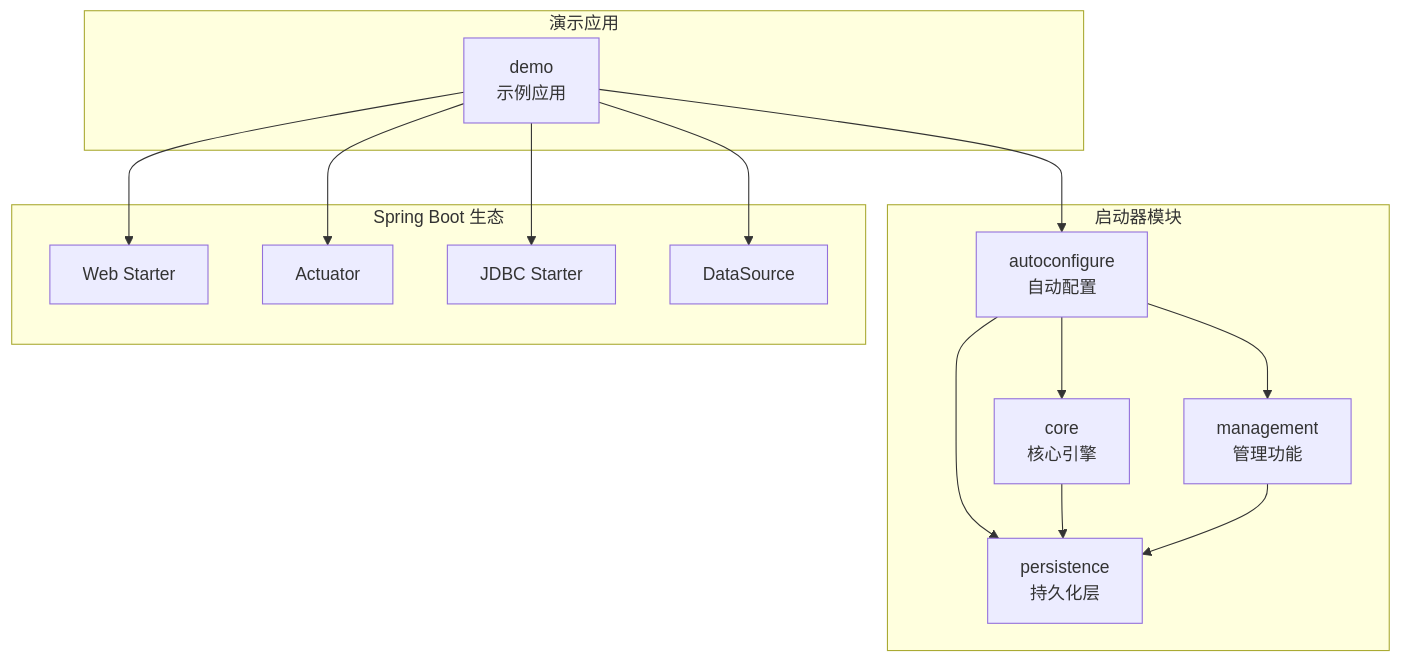
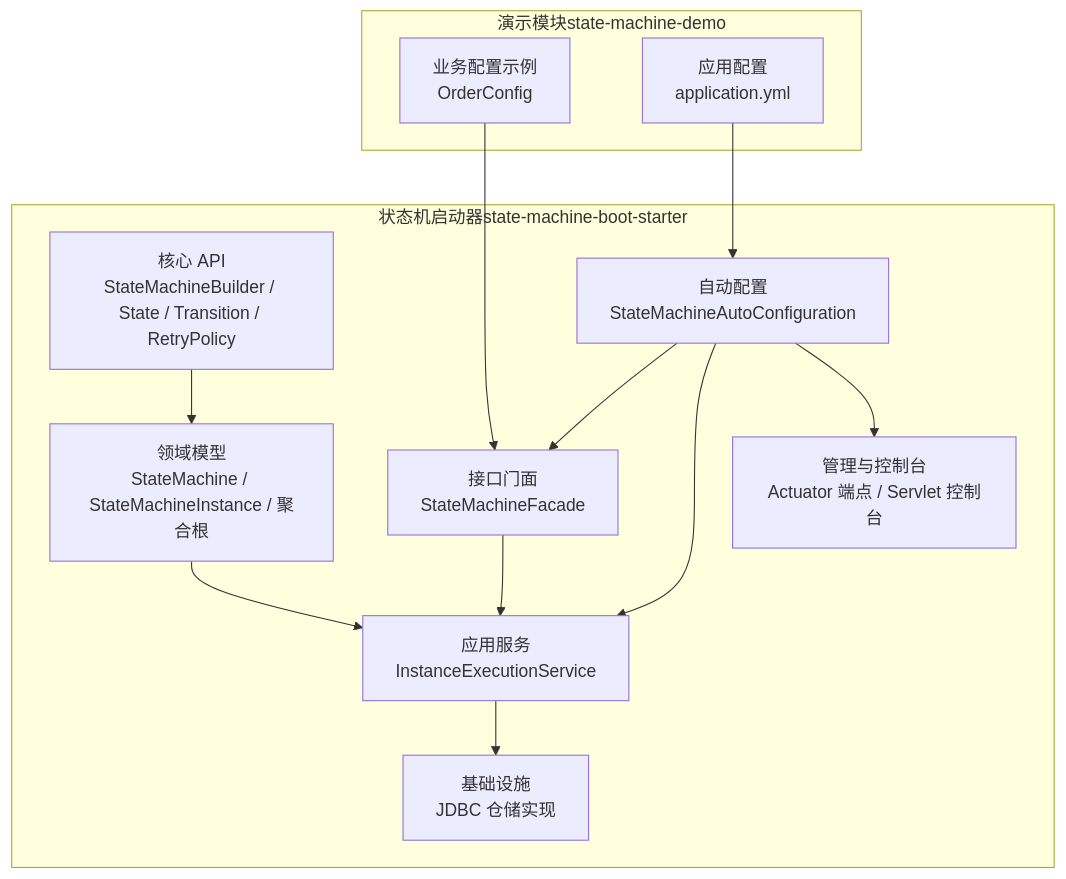
The first of 8 diagrams in .qoder/repowiki/zh/content/项目概述.md (xiaoche80s-tech/state-machine-parent), drawn with Mermaid before and after one commit. The commit also changed other lines of this file and 97 other files, not shown here.

````diff
--- a/.qoder/repowiki/zh/content/项目概述.md
+++ b/.qoder/repowiki/zh/content/项目概述.md
@@ -48,28 +44,25 @@
 ```mermaid
 graph TB
-subgraph "启动器模块"
-A[autoconfigure<br/>自动配置]
-B[core<br/>核心引擎]
-C[management<br/>管理功能]
-D[persistence<br/>持久化层]
+subgraph "状态机启动器state-machine-boot-starter"
+A["核心 API<br/>StateMachineBuilder / State / Transition / RetryPolicy"]
+B["领域模型<br/>StateMachine / StateMachineInstance / 聚合根"]
+C["应用服务<br/>InstanceExecutionService"]
+D["基础设施<br/>JDBC 仓储实现"]
+E["接口门面<br/>StateMachineFacade"]
+F["自动配置<br/>StateMachineAutoConfiguration"]
+G["管理与控制台<br/>Actuator 端点 / Servlet 控制台"]
 end
-subgraph "演示应用"
-E[demo<br/>示例应用]
-end
-subgraph "Spring Boot 生态"
-F[Web Starter]
-G[Actuator]
-H[JDBC Starter]
-I[DataSource]
+subgraph "演示模块state-machine-demo"
+H["业务配置示例<br/>OrderConfig"]
+I["应用配置<br/>application.yml"]
 end
 A --> B
-A --> C
-A --> D
-B --> D
+B --> C
 C --> D
-E --> A
-E --> F
-E --> G
-E --> H
-E --> I
+E --> C
+F --> E
+F --> C
+F --> G
+H --> E
+I --> F
 ```
````
